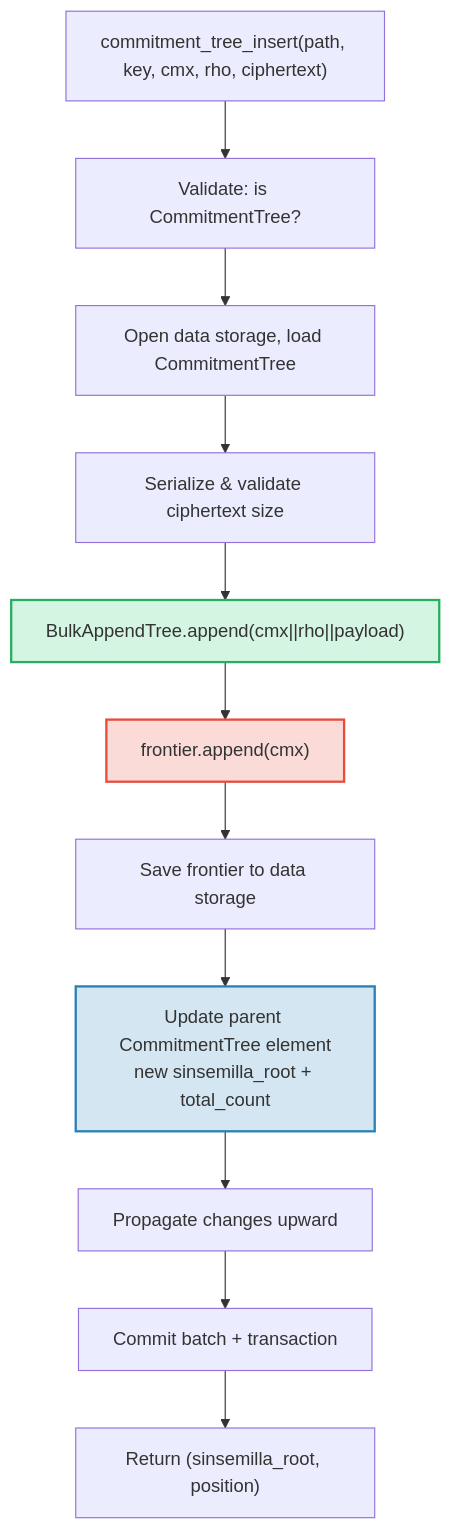
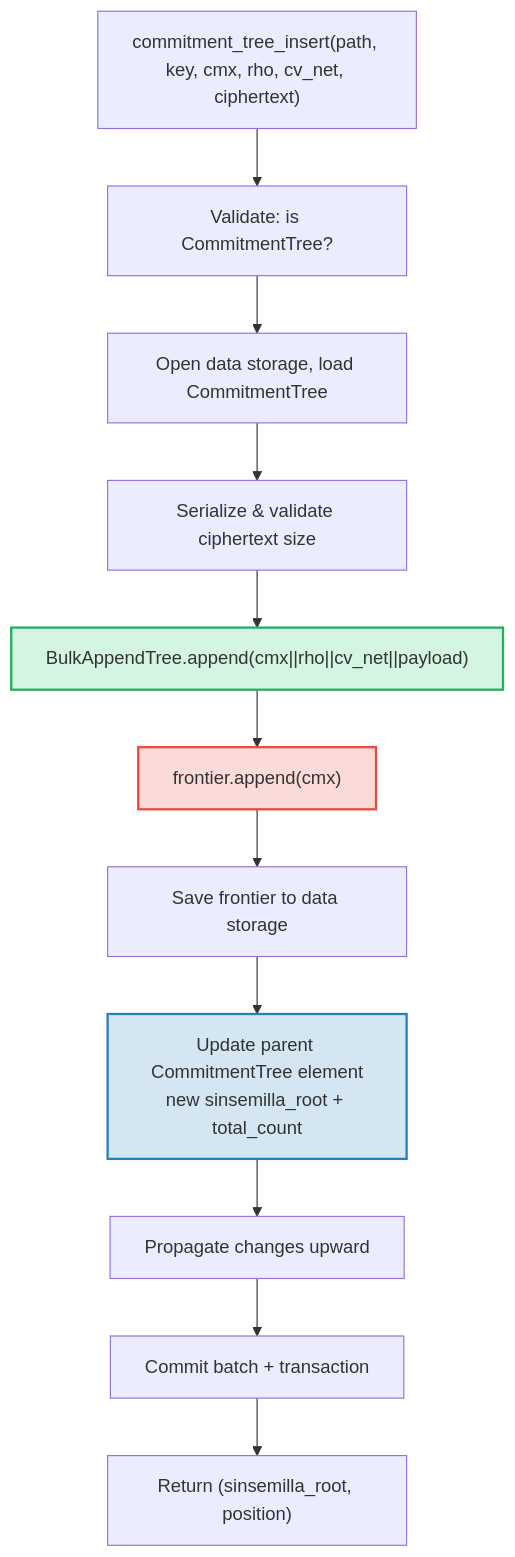
The diagram in docs/book/src/commitment-tree.md (dashpay/grovedb), drawn with Mermaid before and after one commit. The commit also changed other lines of this file and 3 other files, not shown here.

First line of the commit message:
docs(book): document cv_net in the commitment-tree item layout

````diff
--- a/docs/book/src/commitment-tree.md
+++ b/docs/book/src/commitment-tree.md
@@ -369,17 +371,17 @@
 ```mermaid
 graph TD
-    A["commitment_tree_insert(path, key, cmx, rho, ciphertext)"] --> B["Validate: is CommitmentTree?"]
+    A["commitment_tree_insert(path, key, cmx, rho, cv_net, ciphertext)"] --> B["Validate: is CommitmentTree?"]
     B --> C["Open data storage, load CommitmentTree"]
     C --> D["Serialize & validate ciphertext size"]
-    D --> E["BulkAppendTree.append(cmx||rho||payload)"]
+    D --> E["BulkAppendTree.append(cmx||rho||cv_net||payload)"]
     E --> F["frontier.append(cmx)"]
     F --> G["Save frontier to data storage"]
     G --> H["Update parent CommitmentTree element<br/>new sinsemilla_root + total_count"]
     H --> I["Propagate changes upward"]
     I --> J["Commit batch + transaction"]
     J --> K["Return (sinsemilla_root, position)"]
 
     style F fill:#fadbd8,stroke:#e74c3c,stroke-width:2px
     style E fill:#d5f5e3,stroke:#27ae60,stroke-width:2px
     style H fill:#d4e6f1,stroke:#2980b9,stroke-width:2px
 ```
````
